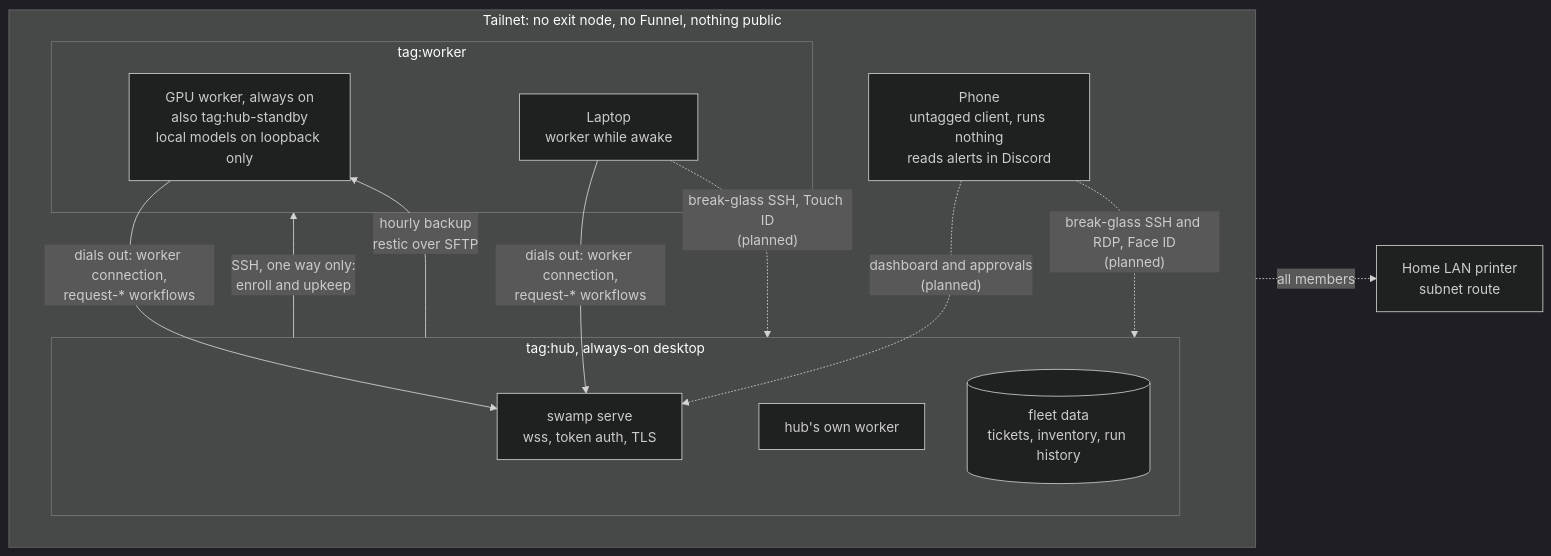
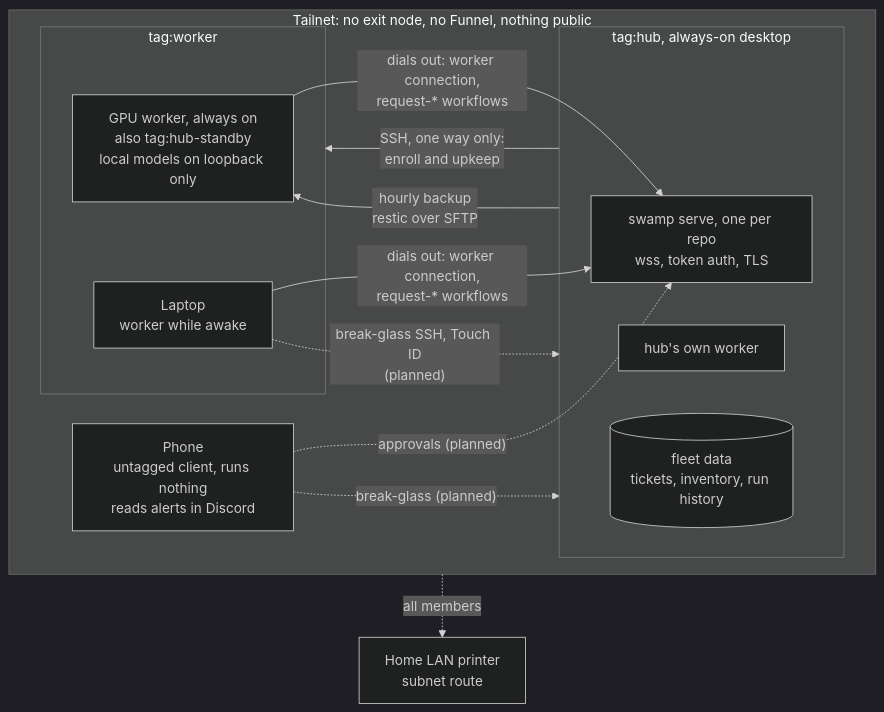
The diagram in content/blog/tailnet.md (kagarmoe/kimberly-garmoe-web), drawn with Mermaid (dark theme) before and after one commit. The commit also changed other lines of this file and 7 other files, not shown here.

First line of the commit message:
Blog: Mermaid diagrams, and the tailnet diagram as a post (devswamp-196) (#43)

````diff
--- a/content/blog/tailnet.md
+++ b/content/blog/tailnet.md
@@ -8,25 +12,25 @@
 ```mermaid
-flowchart LR
+flowchart TB
   subgraph tailnet["Tailnet: no exit node, no Funnel, nothing public"]
     subgraph hub["tag:hub, always-on desktop"]
-      serve["swamp serve<br/>wss, token auth, TLS"]
+      serve["swamp serve, one per repo<br/>wss, token auth, TLS"]
       hubworker["hub's own worker"]
       fleetdata[("fleet data<br/>tickets, inventory, run history")]
     end
     subgraph workers["tag:worker"]
       gpu["GPU worker, always on<br/>also tag:hub-standby<br/>local models on loopback only"]
       laptop["Laptop<br/>worker while awake"]
     end
     phone["Phone<br/>untagged client, runs nothing<br/>reads alerts in Discord"]
   end
   lan["Home LAN printer<br/>subnet route"]
 
   gpu -- "dials out: worker connection,<br/>request-* workflows" --> serve
   laptop -- "dials out: worker connection,<br/>request-* workflows" --> serve
   hub -- "SSH, one way only:<br/>enroll and upkeep" --> workers
   hub -- "hourly backup<br/>restic over SFTP" --> gpu
-  phone -. "dashboard and approvals<br/>(planned)" .-> serve
+  phone -. "approvals (planned)" .-> serve
   tailnet -. "all members" .-> lan
   laptop -. "break-glass SSH, Touch ID<br/>(planned)" .-> hub
-  phone -. "break-glass SSH and RDP, Face ID<br/>(planned)" .-> hub
+  phone -. "break-glass (planned)" .-> hub
 ```
````
